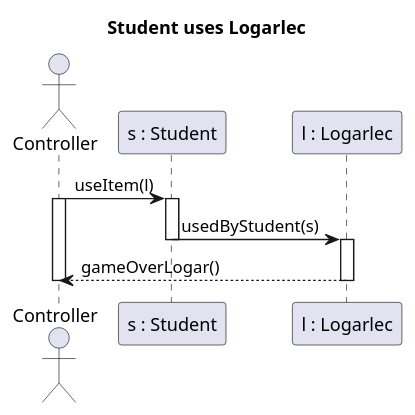
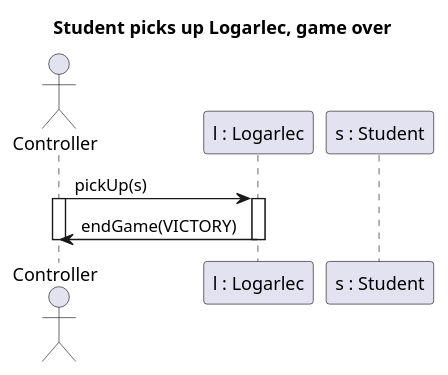
Before and after one commit to MBakter/echo: the diagram in Reko/gameOver_logarlec.plantuml, drawn with PlantUML. The commit also changed 4 other files, not shown here.

```diff
--- a/Reko/gameOver_logarlec.plantuml
+++ b/Reko/gameOver_logarlec.plantuml
@@ -1,18 +1,15 @@
-@startuml Student uses Logarlec
-title Student uses Logarlec
+@startuml Logarlec
+title Student picks up Logarlec, game over
 
 actor Controller as C
+participant "l : Logarlec" as l
 participant "s : Student" as s
-participant "l : Logarlec" as l
 
-C -> s : useItem(l)
+C -> l : pickUp(s)
 Activate C
-Activate s
-s -> l : usedByStudent(s)
-Deactivate s
 Activate l
-l --> C : gameOverLogar()
+l -> C : endGame(VICTORY)
 Deactivate l
 Deactivate C
 
 @enduml
```
